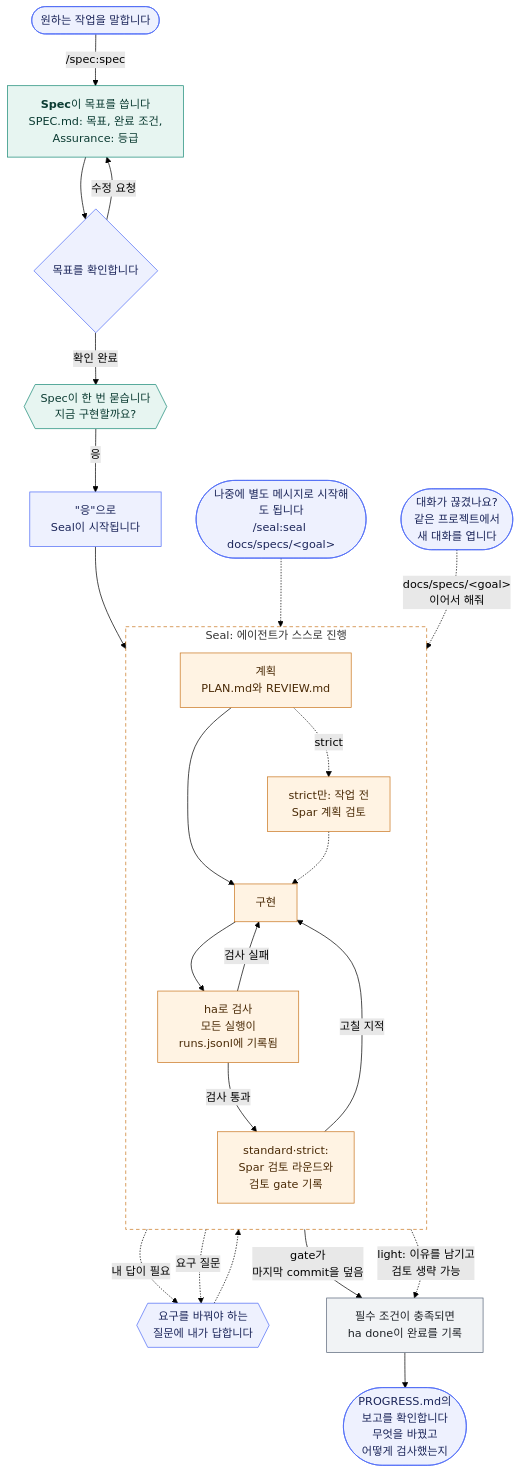
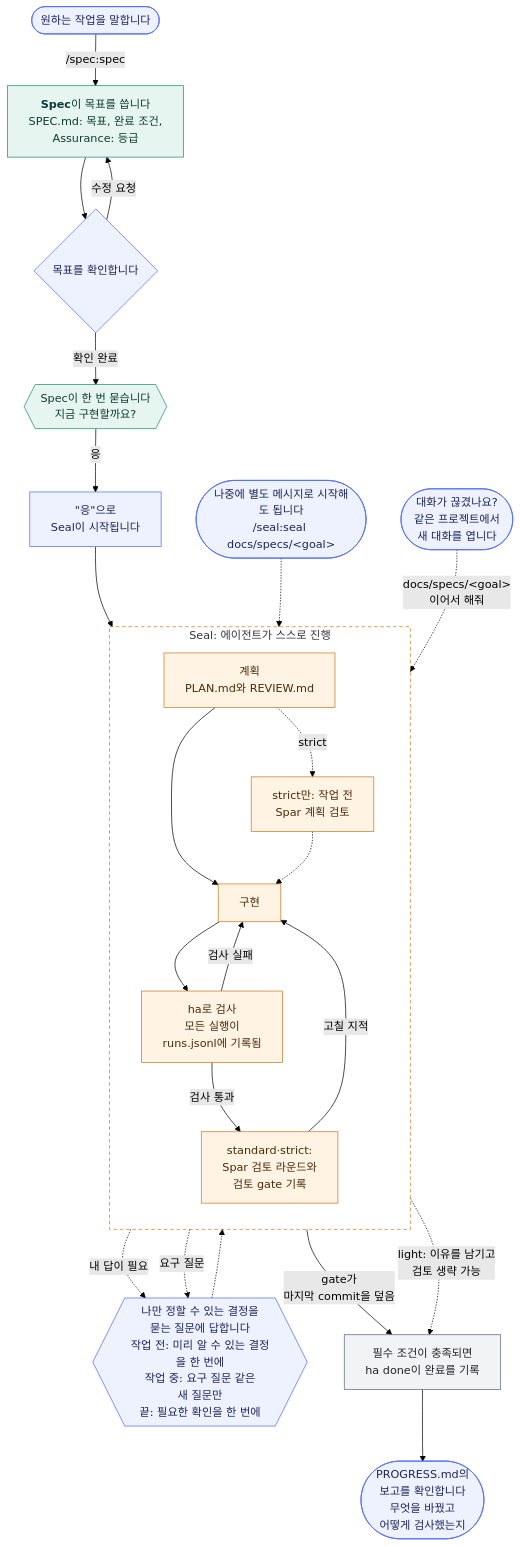
One commit to jgoneit/jaekit changed the diagram in README.ko.md. Above: the diagram before and after it, drawn with Mermaid (forest theme). The commit also changed other lines of this file and 24 other files, not shown here.

````diff
--- a/README.ko.md
+++ b/README.ko.md
@@ -38,49 +38,49 @@
 ```mermaid
 flowchart TD
     ask(["원하는 작업을 말합니다"])
     spec["<b>Spec</b>이 목표를 씁니다<br/>SPEC.md: 목표, 완료 조건,<br/>Assurance: 등급"]
     review{"목표를 확인합니다"}
     asknow{{"Spec이 한 번 묻습니다<br/>지금 구현할까요?"}}
     start["#quot;응#quot;으로<br/>Seal이 시작됩니다"]
     separate(["나중에 별도 메시지로 시작해도 됩니다<br/>/seal:seal docs/specs/#lt;goal#gt;"])
     subgraph seal ["Seal: 에이전트가 스스로 진행"]
         direction TB
         plan["계획<br/>PLAN.md와 REVIEW.md"]
         planreview["strict만: 작업 전<br/>Spar 계획 검토"]
         build["구현"]
         check["ha로 검사<br/>모든 실행이<br/>runs.jsonl에 기록됨"]
         spar["standard·strict:<br/>Spar 검토 라운드와<br/>검토 gate 기록"]
         plan --> build --> check
         plan -.->|"strict"| planreview -.-> build
         check -->|"검사 실패"| build
         check -->|"검사 통과"| spar
         spar -->|"고칠 지적"| build
     end
-    decide{{"요구를 바꿔야 하는<br/>질문에 내가 답합니다"}}
+    decide{{"나만 정할 수 있는 결정을<br/>묻는 질문에 답합니다<br/>작업 전: 미리 알 수 있는 결정을 한 번에<br/>작업 중: 요구 질문 같은<br/>새 질문만<br/>끝: 필요한 확인을 한 번에"}}
     done["필수 조건이 충족되면<br/>ha done이 완료를 기록"]
     report(["PROGRESS.md의<br/>보고를 확인합니다<br/>무엇을 바꿨고<br/>어떻게 검사했는지"])
     resume(["대화가 끊겼나요?<br/>같은 프로젝트에서<br/>새 대화를 엽니다"])
 
     ask -->|"/spec:spec"| spec --> review
     review -->|"수정 요청"| spec
     review -->|"확인 완료"| asknow
     asknow -->|"응"| start --> plan
     separate -.-> plan
     check -.->|"내 답이 필요"| decide
     spar -.->|"요구 질문"| decide
     decide -.-> build
     spar -->|"gate가<br/>마지막 commit을 덮음"| done
     check -.->|"light: 이유를 남기고<br/>검토 생략 가능"| done
     done --> report
     resume -.->|"docs/specs/#lt;goal#gt;<br/>이어서 해줘"| plan
 
     classDef you fill:#EEF1FE,stroke:#4F6CF7,color:#1B2559
     classDef specStep fill:#E7F5F1,stroke:#168975,color:#0B3B32
     classDef sealStep fill:#FFF3E3,stroke:#C9761F,color:#4A2A06
     classDef record fill:#F1F3F5,stroke:#596579,color:#1F2328
     class ask,review,start,separate,decide,report,resume you
     class spec,asknow specStep
     class plan,planreview,build,check,spar sealStep
     class done record
     style seal fill:none,stroke:#C9761F,stroke-dasharray:5 4
 ```
````
